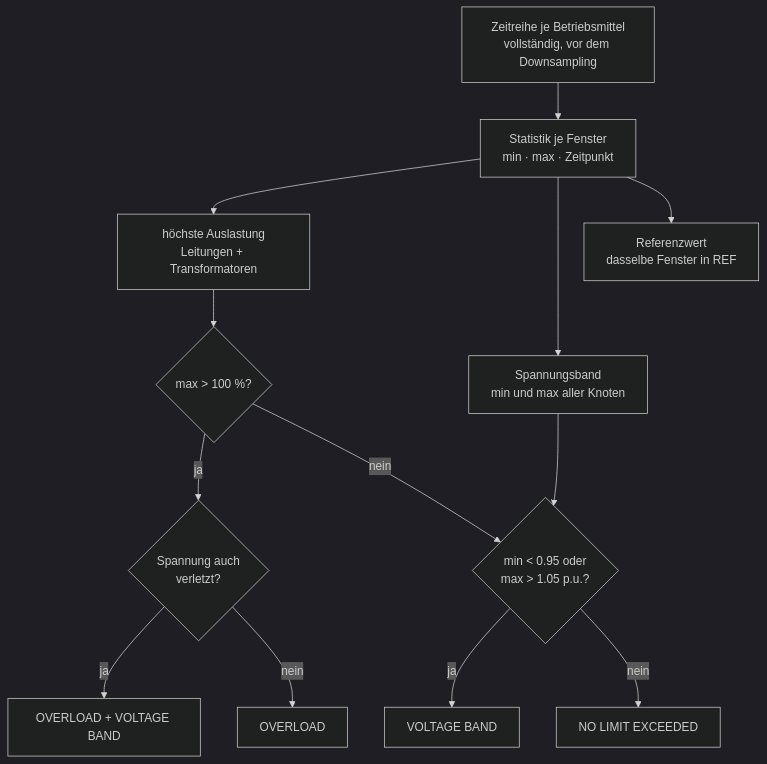
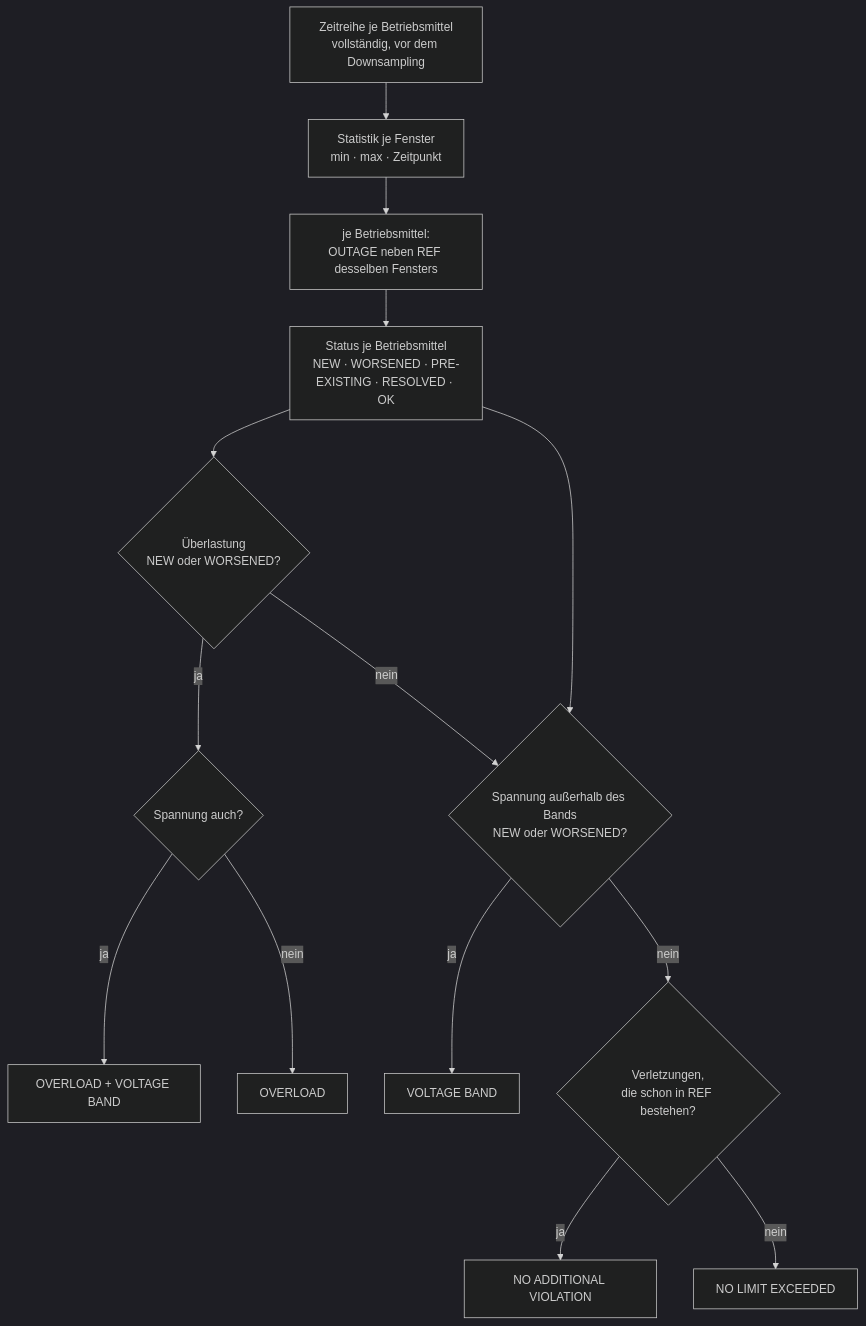
One commit to hadiibrahim-Engin/gridlens-powerfactory changed the fifth of 8 diagrams in BIG_PICTURE.md. Above: the diagram before and after it, drawn with Mermaid (dark theme). The commit also changed other lines of this file and 7 other files, not shown here.

````diff
--- a/BIG_PICTURE.md
+++ b/BIG_PICTURE.md
@@ -170,17 +170,18 @@
 ```mermaid
 flowchart TD
     X["Zeitreihe je Betriebsmittel<br/>vollständig, vor dem Downsampling"] --> W["Statistik je Fenster<br/>min · max · Zeitpunkt"]
-    W --> L["höchste Auslastung<br/>Leitungen + Transformatoren"]
-    W --> V["Spannungsband<br/>min und max aller Knoten"]
-    W --> R["Referenzwert<br/>dasselbe Fenster in REF"]
+    W --> P["je Betriebsmittel:<br/>OUTAGE neben REF desselben Fensters"]
+    P --> S["Status je Betriebsmittel<br/>NEW · WORSENED · PRE-EXISTING · RESOLVED · OK"]
 
-    L --> Q1{"max > 100 %?"}
-    V --> Q2{"min < 0.95 oder<br/>max > 1.05 p.u.?"}
+    S --> Q1{"Überlastung<br/>NEW oder WORSENED?"}
+    S --> Q2{"Spannung außerhalb des Bands<br/>NEW oder WORSENED?"}
 
-    Q1 -- ja --> Q3{"Spannung auch<br/>verletzt?"}
+    Q1 -- ja --> Q3{"Spannung auch?"}
     Q3 -- ja --> A3["OVERLOAD + VOLTAGE BAND"]
     Q3 -- nein --> A1["OVERLOAD"]
     Q1 -- nein --> Q2
     Q2 -- ja --> A2["VOLTAGE BAND"]
-    Q2 -- nein --> A0["NO LIMIT EXCEEDED"]
+    Q2 -- nein --> Q4{"Verletzungen,<br/>die schon in REF bestehen?"}
+    Q4 -- ja --> A4["NO ADDITIONAL VIOLATION"]
+    Q4 -- nein --> A0["NO LIMIT EXCEEDED"]
 ```
````
